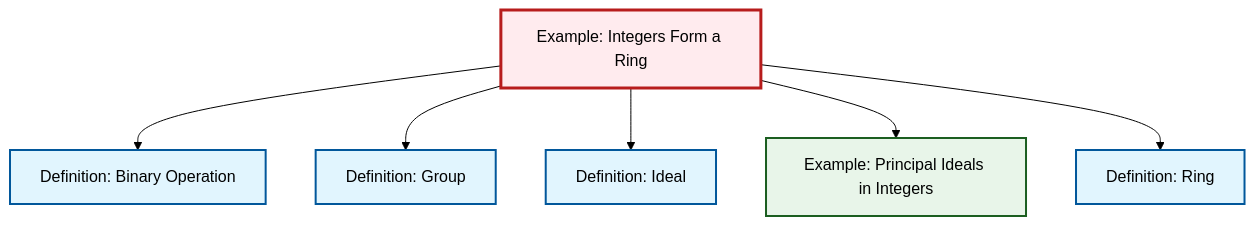
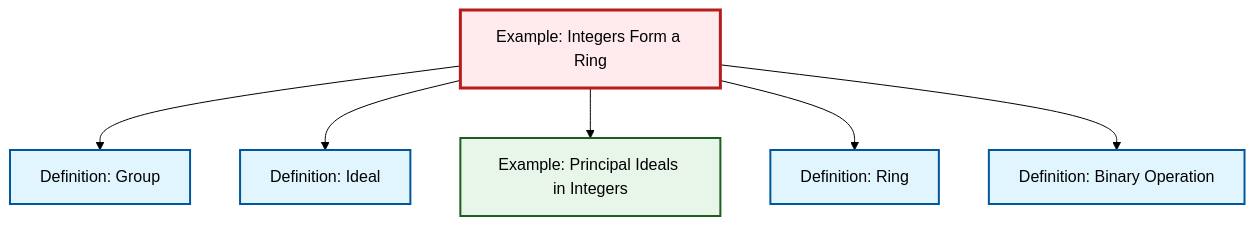
The diagram in content/ja/algebra/ex-integers-ring.qmd (RK0429/ModernMath), drawn with Mermaid (forest theme) before and after one commit. The commit also changed other lines of this file and 417 other files, not shown here.

````diff
--- a/content/ja/algebra/ex-integers-ring.qmd
+++ b/content/ja/algebra/ex-integers-ring.qmd
@@ -64,26 +64,26 @@
 ```{mermaid}
 %%| fig-cap: "Local dependency graph"
 graph TD
     classDef definition fill:#e1f5fe,stroke:#01579b,stroke-width:2px
     classDef theorem fill:#f3e5f5,stroke:#4a148c,stroke-width:2px
     classDef axiom fill:#fff3e0,stroke:#e65100,stroke-width:2px
     classDef example fill:#e8f5e9,stroke:#1b5e20,stroke-width:2px
     classDef current fill:#ffebee,stroke:#b71c1c,stroke-width:3px
+    ex-integers-ring["Example: Integers Form a Ring"]:::example
+    def-binary-operation["Definition: Binary Operation"]:::definition
+    ex-principal-ideal["Example: Principal Ideals in Integers"]:::example
     def-ideal["Definition: Ideal"]:::definition
     def-group["Definition: Group"]:::definition
     def-ring["Definition: Ring"]:::definition
-    ex-principal-ideal["Example: Principal Ideals in Integers"]:::example
-    ex-integers-ring["Example: Integers Form a Ring"]:::example
-    def-binary-operation["Definition: Binary Operation"]:::definition
-    ex-integers-ring --> def-binary-operation
     ex-integers-ring --> def-group
     ex-integers-ring --> def-ideal
     ex-integers-ring --> ex-principal-ideal
     ex-integers-ring --> def-ring
+    ex-integers-ring --> def-binary-operation
     class ex-integers-ring current
+    click def-binary-operation "def-binary-operation.html" "Definition: Binary Operationへ"
+    click ex-principal-ideal "ex-principal-ideal.html" "Example: Principal Ideals in Integersへ"
     click def-ideal "def-ideal.html" "Definition: Idealへ"
     click def-group "def-group.html" "Definition: Groupへ"
     click def-ring "def-ring.html" "Definition: Ringへ"
-    click ex-principal-ideal "ex-principal-ideal.html" "Example: Principal Ideals in Integersへ"
-    click def-binary-operation "def-binary-operation.html" "Definition: Binary Operationへ"
 ```
````
